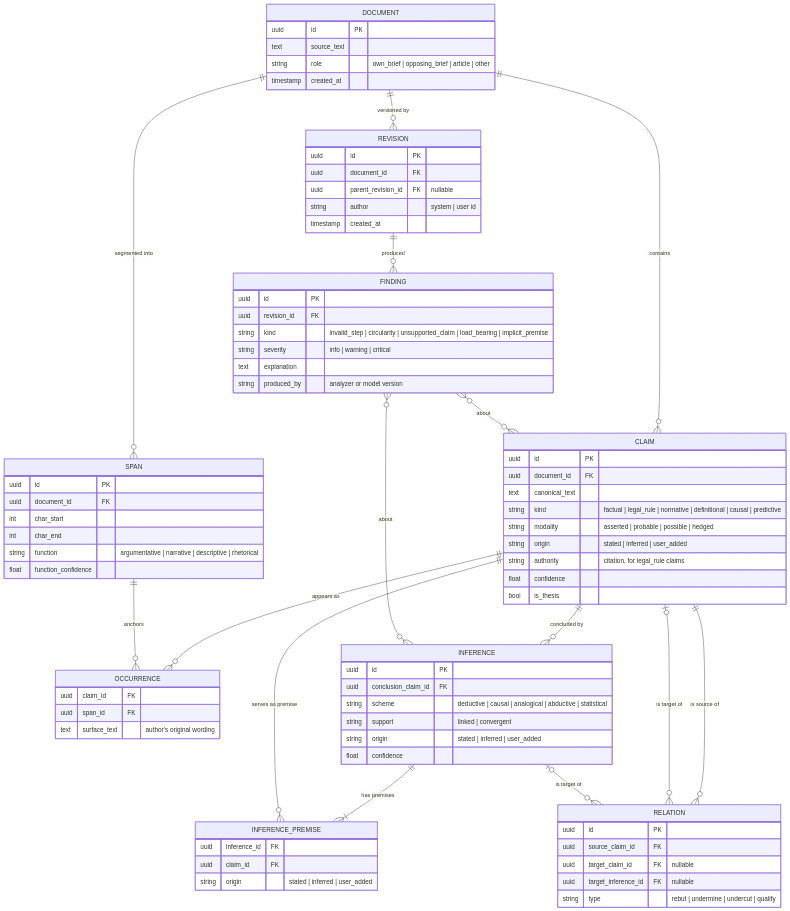
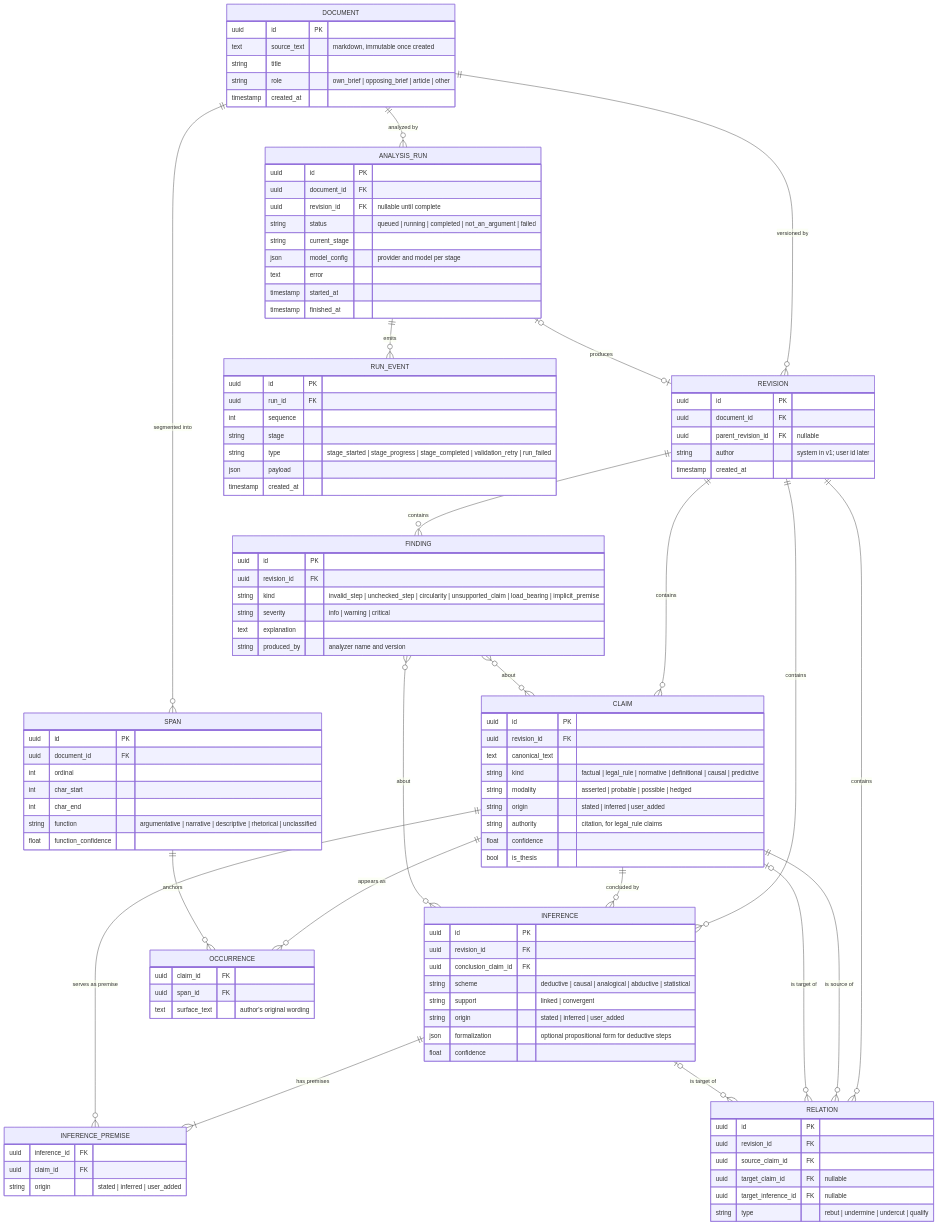
The diagram in docs/argument-model.mermaid (thomasbellio/MakeTheCase), drawn with Mermaid before and after one commit. The commit also changed 1 other file, not shown here.

```diff
--- a/docs/argument-model.mermaid
+++ b/docs/argument-model.mermaid
@@ -1,89 +1,121 @@
 erDiagram
   DOCUMENT ||--o{ SPAN : "segmented into"
+  DOCUMENT ||--o{ ANALYSIS_RUN : "analyzed by"
   DOCUMENT ||--o{ REVISION : "versioned by"
-  DOCUMENT ||--o{ CLAIM : "contains"
+  ANALYSIS_RUN ||--o{ RUN_EVENT : "emits"
+  ANALYSIS_RUN |o--o| REVISION : "produces"
+  REVISION ||--o{ CLAIM : "contains"
+  REVISION ||--o{ INFERENCE : "contains"
+  REVISION ||--o{ RELATION : "contains"
+  REVISION ||--o{ FINDING : "contains"
   CLAIM ||--o{ OCCURRENCE : "appears as"
   SPAN ||--o{ OCCURRENCE : "anchors"
   INFERENCE ||--|{ INFERENCE_PREMISE : "has premises"
   CLAIM ||--o{ INFERENCE_PREMISE : "serves as premise"
   CLAIM ||--o{ INFERENCE : "concluded by"
   CLAIM ||--o{ RELATION : "is source of"
   CLAIM |o--o{ RELATION : "is target of"
   INFERENCE |o--o{ RELATION : "is target of"
   FINDING }o--o{ CLAIM : "about"
   FINDING }o--o{ INFERENCE : "about"
-  REVISION ||--o{ FINDING : "produced"
 
   DOCUMENT {
     uuid id PK
-    text source_text
+    text source_text "markdown, immutable once created"
+    string title
     string role "own_brief | opposing_brief | article | other"
     timestamp created_at
   }
 
   SPAN {
     uuid id PK
     uuid document_id FK
+    int ordinal
     int char_start
     int char_end
-    string function "argumentative | narrative | descriptive | rhetorical"
+    string function "argumentative | narrative | descriptive | rhetorical | unclassified"
     float function_confidence
+  }
+
+  ANALYSIS_RUN {
+    uuid id PK
+    uuid document_id FK
+    uuid revision_id FK "nullable until complete"
+    string status "queued | running | completed | not_an_argument | failed"
+    string current_stage
+    json model_config "provider and model per stage"
+    text error
+    timestamp started_at
+    timestamp finished_at
+  }
+
+  RUN_EVENT {
+    uuid id PK
+    uuid run_id FK
+    int sequence
+    string stage
+    string type "stage_started | stage_progress | stage_completed | validation_retry | run_failed"
+    json payload
+    timestamp created_at
+  }
+
+  REVISION {
+    uuid id PK
+    uuid document_id FK
+    uuid parent_revision_id FK "nullable"
+    string author "system in v1; user id later"
+    timestamp created_at
   }
 
   CLAIM {
     uuid id PK
-    uuid document_id FK
+    uuid revision_id FK
     text canonical_text
     string kind "factual | legal_rule | normative | definitional | causal | predictive"
     string modality "asserted | probable | possible | hedged"
     string origin "stated | inferred | user_added"
     string authority "citation, for legal_rule claims"
     float confidence
     bool is_thesis
   }
 
   OCCURRENCE {
     uuid claim_id FK
     uuid span_id FK
     text surface_text "author's original wording"
   }
 
   INFERENCE {
     uuid id PK
+    uuid revision_id FK
     uuid conclusion_claim_id FK
     string scheme "deductive | causal | analogical | abductive | statistical"
     string support "linked | convergent"
     string origin "stated | inferred | user_added"
+    json formalization "optional propositional form for deductive steps"
     float confidence
   }
 
   INFERENCE_PREMISE {
     uuid inference_id FK
     uuid claim_id FK
     string origin "stated | inferred | user_added"
   }
 
   RELATION {
     uuid id PK
+    uuid revision_id FK
     uuid source_claim_id FK
     uuid target_claim_id FK "nullable"
     uuid target_inference_id FK "nullable"
     string type "rebut | undermine | undercut | qualify"
   }
 
   FINDING {
     uuid id PK
     uuid revision_id FK
-    string kind "invalid_step | circularity | unsupported_claim | load_bearing | implicit_premise"
+    string kind "invalid_step | unchecked_step | circularity | unsupported_claim | load_bearing | implicit_premise"
     string severity "info | warning | critical"
     text explanation
-    string produced_by "analyzer or model version"
+    string produced_by "analyzer name and version"
   }
-
-  REVISION {
-    uuid id PK
-    uuid document_id FK
-    uuid parent_revision_id FK "nullable"
-    string author "system | user id"
-    timestamp created_at
-  }
```
